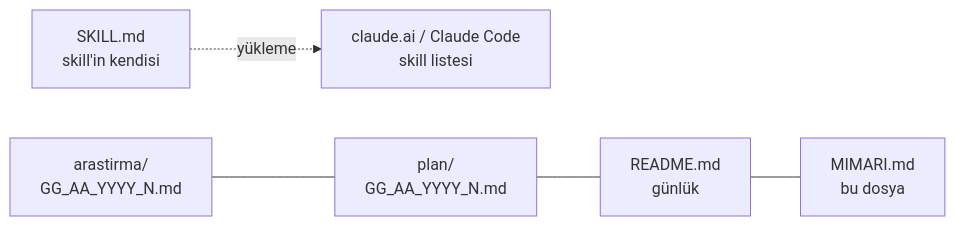
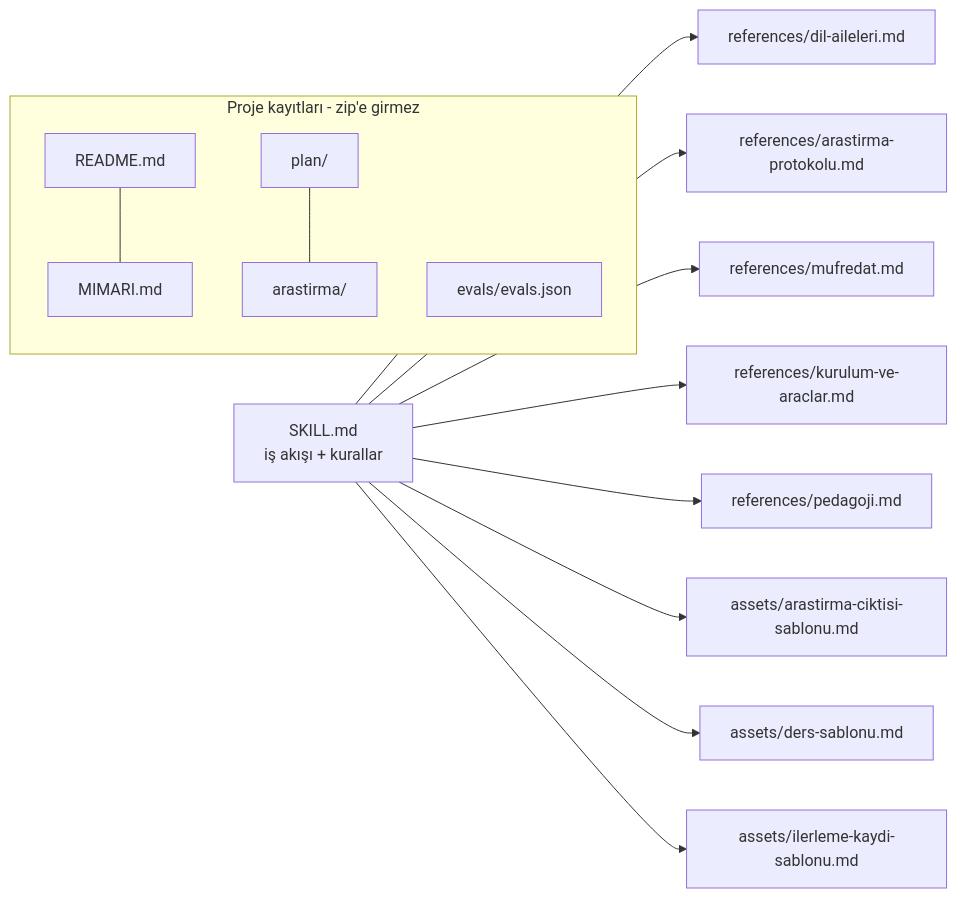
One commit to s4plant1-coder/Claude_Skills changed the first of 2 diagrams in programlama-dili-ogret/MIMARI.md. Above: the diagram before and after it, drawn with Mermaid. The commit also changed other lines of this file and 24 other files, not shown here.

````diff
--- a/programlama-dili-ogret/MIMARI.md
+++ b/programlama-dili-ogret/MIMARI.md
@@ -8,7 +15,16 @@
 ```mermaid
 flowchart LR
-    SKILL[SKILL.md<br/>skill'in kendisi] -. yükleme .-> Claude[claude.ai / Claude Code<br/>skill listesi]
-    README[README.md<br/>günlük] --- MIMARI[MIMARI.md<br/>bu dosya]
-    PLAN[plan/<br/>GG_AA_YYYY_N.md] --- README
-    ARS[arastirma/<br/>GG_AA_YYYY_N.md] --- PLAN
+    SKILL[SKILL.md<br/>iş akışı + kurallar] --> AIL[references/dil-aileleri.md]
+    SKILL --> ARP[references/arastirma-protokolu.md]
+    SKILL --> MUF[references/mufredat.md]
+    SKILL --> KUR[references/kurulum-ve-araclar.md]
+    SKILL --> PED[references/pedagoji.md]
+    SKILL --> T1[assets/arastirma-ciktisi-sablonu.md]
+    SKILL --> T2[assets/ders-sablonu.md]
+    SKILL --> T3[assets/ilerleme-kaydi-sablonu.md]
+    subgraph Kayıtlar [Proje kayıtları - zip'e girmez]
+        README[README.md] --- MIMARI[MIMARI.md]
+        PLAN[plan/] --- ARS[arastirma/]
+        EV[evals/evals.json]
+    end
 ```
````
